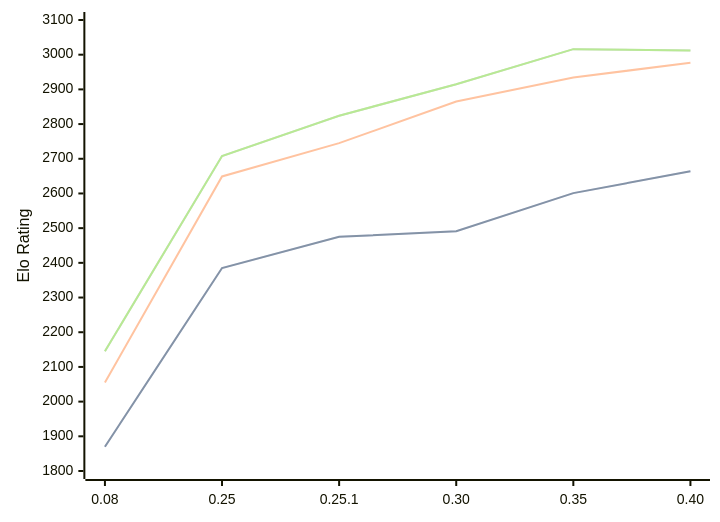
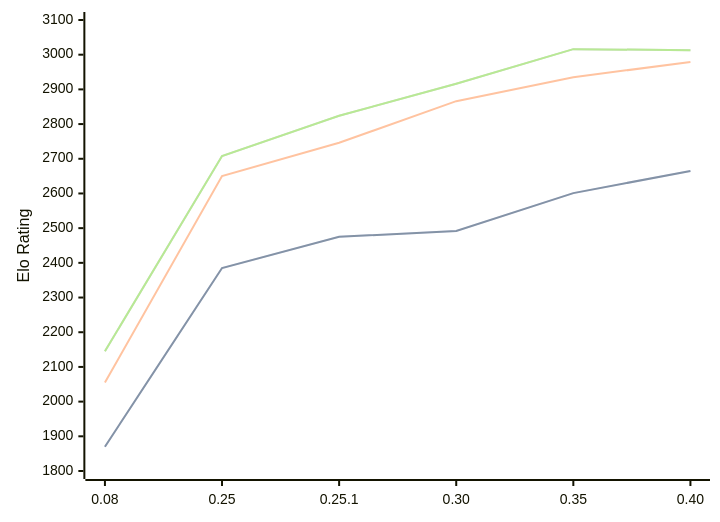
Before and after one commit to computer-chess-index/cci: the first of 3 diagrams in engines/Gecko.md, drawn with Mermaid. The commit also changed other lines of this file, not shown here.

Commit message:
Update CCI Ratings (ELO VLTC) - 2026-07-02

````diff
--- a/engines/Gecko.md
+++ b/engines/Gecko.md
@@ -36,11 +36,11 @@
 ```mermaid
 %%{init: {"theme":"base","themeVariables":{"seriesColors:['#a3a3a3','#222221','#faa371']}}}%%
 xychart-beta
   x-axis ["0.08", "0.25", "0.25.1", "0.30", "0.35", "0.40"]
   y-axis "Elo Rating" 1800 --> 3100
-  line "STC (8.0+0.08s)" [1870, 2385, 2475, 2491, 2601, 2664]
-  line "STC (8.0+0.08s)" [1870, 2385, 2475, 2491, 2601, 2664]
-  line "LTC (60.0+0.60s)" [2055, 2649, 2745, 2865, 2934, 2977]
-  line "VLTC (2m24s+1.12s)" [2145, 2708, 2824, 2915, 3016, 3012]
-  line "VLTC (2m24s+1.12s)" [2145, 2708, 2824, 2915, 3016, 3012]
+  line "STC (8.0+0.08s)" [1870, 2385, 2475, 2492, 2601, 2665]
+  line "STC (8.0+0.08s)" [1870, 2385, 2475, 2492, 2601, 2665]
+  line "LTC (60.0+0.60s)" [2055, 2650, 2746, 2866, 2935, 2979]
+  line "VLTC (2m24s+1.12s)" [2145, 2708, 2824, 2916, 3016, 3013]
+  line "VLTC (2m24s+1.12s)" [2145, 2708, 2824, 2916, 3016, 3013]
 ```
````
